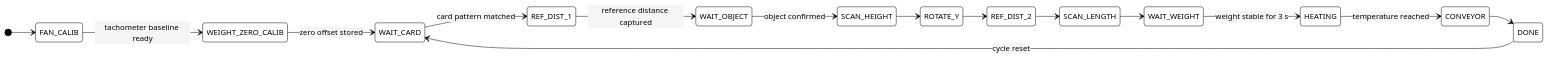
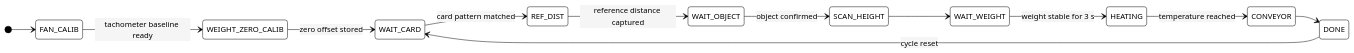
Before and after one commit to Teera235/INC-MINI-project: the fourth of 4 diagrams in README.md, drawn with Mermaid. The commit also changed other lines of this file and 2 other files, not shown here.

Commit message:
Integrate updated card reader, height-only scan, and step-pattern conveyor

````diff
--- a/README.md
+++ b/README.md
@@ -151,19 +150,16 @@
 ```mermaid
 %%{init: {'theme':'base','themeVariables':{'primaryColor':'#ffffff','primaryBorderColor':'#000000','primaryTextColor':'#000000','lineColor':'#000000','secondaryColor':'#f5f5f5','clusterBkg':'#fafafa','clusterBorder':'#000000'}}}%%
 stateDiagram-v2
     direction LR
     [*] --> FAN_CALIB
     FAN_CALIB --> WEIGHT_ZERO_CALIB: tachometer baseline ready
     WEIGHT_ZERO_CALIB --> WAIT_CARD: zero offset stored
-    WAIT_CARD --> REF_DIST_1: card pattern matched
-    REF_DIST_1 --> WAIT_OBJECT: reference distance captured
+    WAIT_CARD --> REF_DIST: card pattern matched
+    REF_DIST --> WAIT_OBJECT: reference distance captured
     WAIT_OBJECT --> SCAN_HEIGHT: object confirmed
-    SCAN_HEIGHT --> ROTATE_Y
-    ROTATE_Y --> REF_DIST_2
-    REF_DIST_2 --> SCAN_LENGTH
-    SCAN_LENGTH --> WAIT_WEIGHT
+    SCAN_HEIGHT --> WAIT_WEIGHT
     WAIT_WEIGHT --> HEATING: weight stable for 3 s
     HEATING --> CONVEYOR: temperature reached
     CONVEYOR --> DONE
     DONE --> WAIT_CARD: cycle reset
 ```
````
